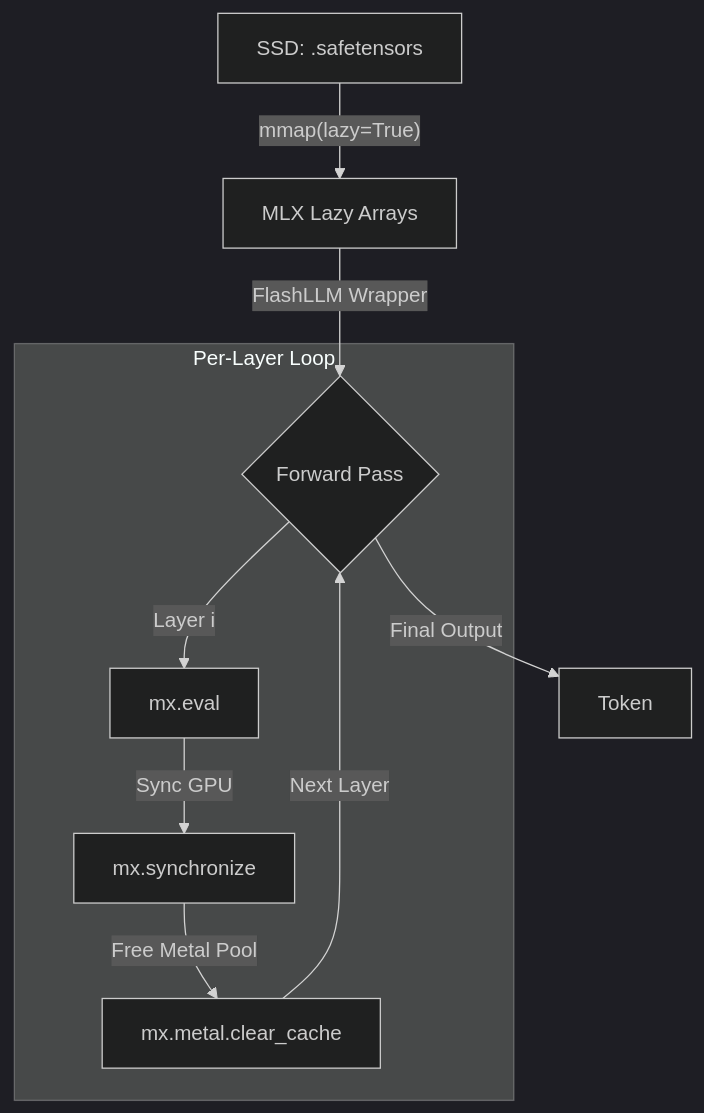
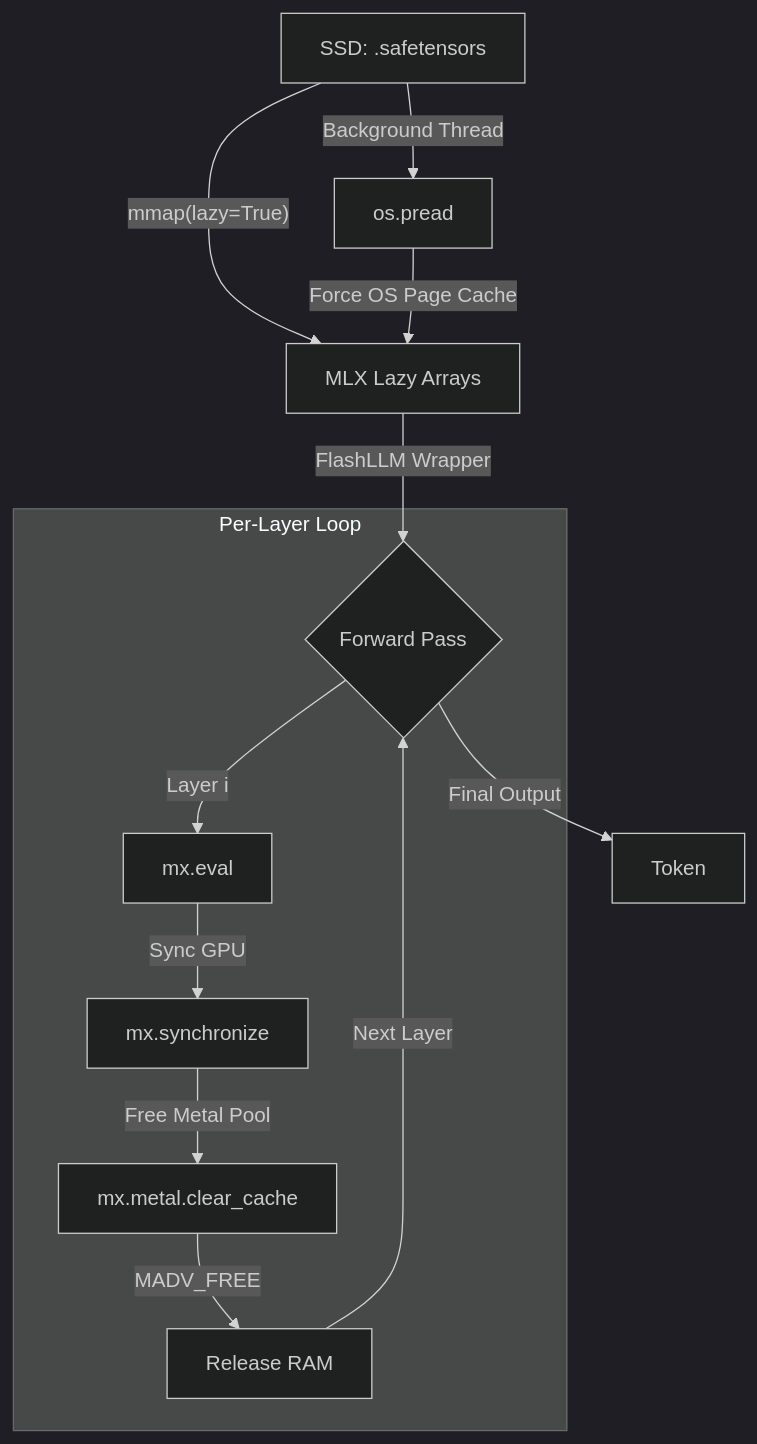
The first of 2 diagrams in README.md (matt-k-wong/mlx-flash), drawn with Mermaid (dark theme) before and after one commit. The commit also changed other lines of this file, not shown here.

Commit message:
docs(readme): polish architecture diagrams and performance notes for v0.2 prefetch

````diff
--- a/README.md
+++ b/README.md
@@ -55,12 +55,15 @@
 ```mermaid
 graph TD
     A[SSD: .safetensors] --"mmap(lazy=True)"--> B[MLX Lazy Arrays]
+    A --"Background Thread"--> P[os.pread]
+    P --"Force OS Page Cache"--> B
     B --"FlashLLM Wrapper"--> C{Forward Pass}
     subgraph "Per-Layer Loop"
         C --"Layer i"--> D[mx.eval]
         D --"Sync GPU"--> E[mx.synchronize]
         E --"Free Metal Pool"--> F[mx.metal.clear_cache]
-        F --"Next Layer"--> C
+        F --"MADV_FREE"--> G[Release RAM]
+        G --"Next Layer"--> C
     end
-    C --"Final Output"--> G[Token]
+    C --"Final Output"--> G2[Token]
 ```
````
